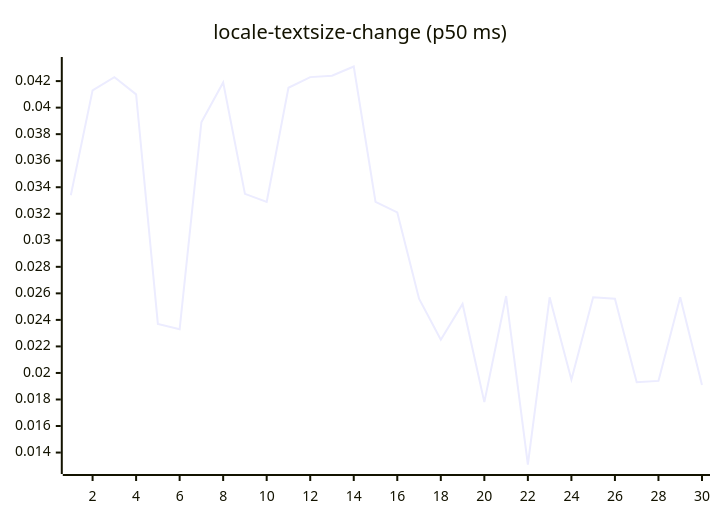
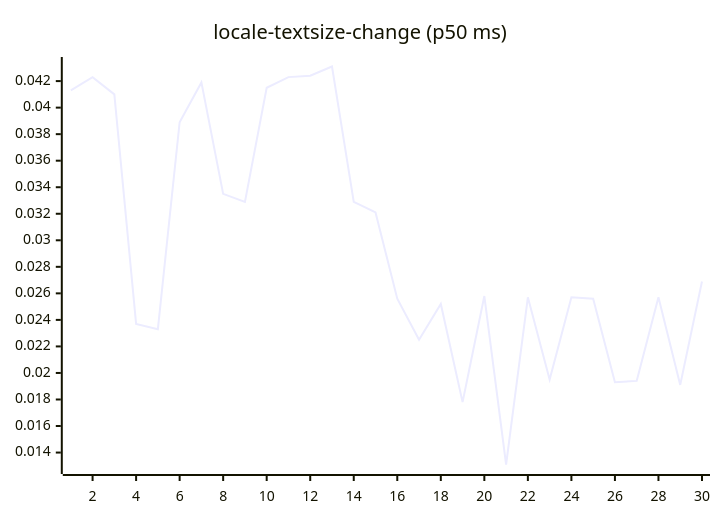
Diagram 13 of 27 in README.md (josha/Facet), drawn with Mermaid before and after one commit. The commit also changed other lines of this file and 2 other files, not shown here.

````diff
--- a/README.md
+++ b/README.md
@@ -147,6 +147,6 @@
 ```mermaid
 xychart-beta
     title "locale-textsize-change (p50 ms)"
     x-axis 1 --> 30
-    line [0.0334, 0.0413, 0.0423, 0.0410, 0.0237, 0.0233, 0.0389, 0.0419, 0.0335, 0.0329, 0.0415, 0.0423, 0.0424, 0.0431, 0.0329, 0.0321, 0.0256, 0.0225, 0.0252, 0.0178, 0.0258, 0.0131, 0.0257, 0.0195, 0.0257, 0.0256, 0.0193, 0.0194, 0.0257, 0.0191]
+    line [0.0413, 0.0423, 0.0410, 0.0237, 0.0233, 0.0389, 0.0419, 0.0335, 0.0329, 0.0415, 0.0423, 0.0424, 0.0431, 0.0329, 0.0321, 0.0256, 0.0225, 0.0252, 0.0178, 0.0258, 0.0131, 0.0257, 0.0195, 0.0257, 0.0256, 0.0193, 0.0194, 0.0257, 0.0191, 0.0269]
 ```
````
